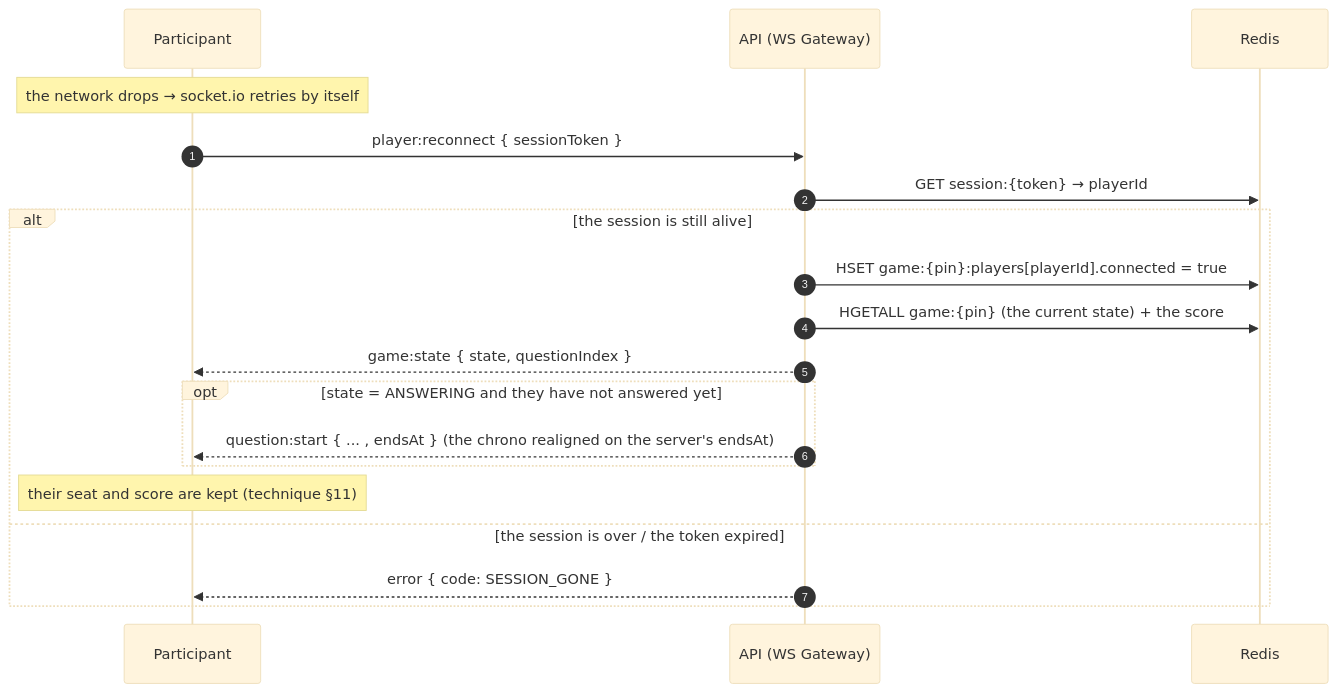
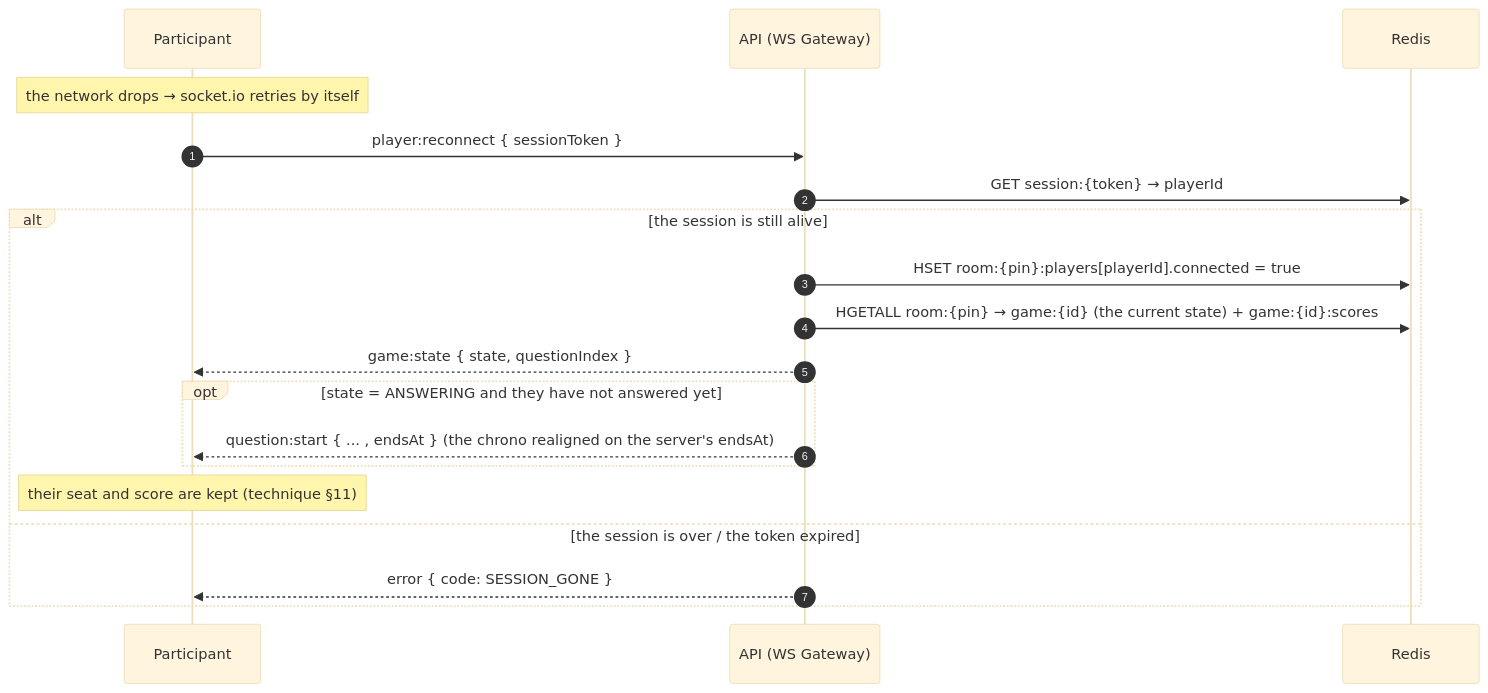
The fourth of 7 diagrams in specifications/SPECIFICATIONS-SEQUENCES.md (quizdock/quiz-dock), drawn with Mermaid (base theme) before and after one commit. The commit also changed other lines of this file and 22 other files, not shown here.

First line of the commit message:
refactor(game): the room under its PIN, each game under its own id

````diff
--- a/specifications/SPECIFICATIONS-SEQUENCES.md
+++ b/specifications/SPECIFICATIONS-SEQUENCES.md
@@ -120,22 +120,22 @@
 ```mermaid
 sequenceDiagram
     autonumber
     participant A as Participant
     participant API as API (WS Gateway)
     participant R as Redis
 
     Note over A: the network drops → socket.io retries by itself
     A->>API: player:reconnect { sessionToken }
     API->>R: GET session:{token} → playerId
     alt the session is still alive
-        API->>R: HSET game:{pin}:players[playerId].connected = true
-        API->>R: HGETALL game:{pin} (the current state) + the score
+        API->>R: HSET room:{pin}:players[playerId].connected = true
+        API->>R: HGETALL room:{pin} → game:{id} (the current state) + game:{id}:scores
         API-->>A: game:state { state, questionIndex }
         opt state = ANSWERING and they have not answered yet
             API-->>A: question:start { ... , endsAt }  (the chrono realigned on the server's endsAt)
         end
         Note over A: their seat and score are kept (technique §11)
     else the session is over / the token expired
         API-->>A: error { code: SESSION_GONE }
     end
 ```
````
